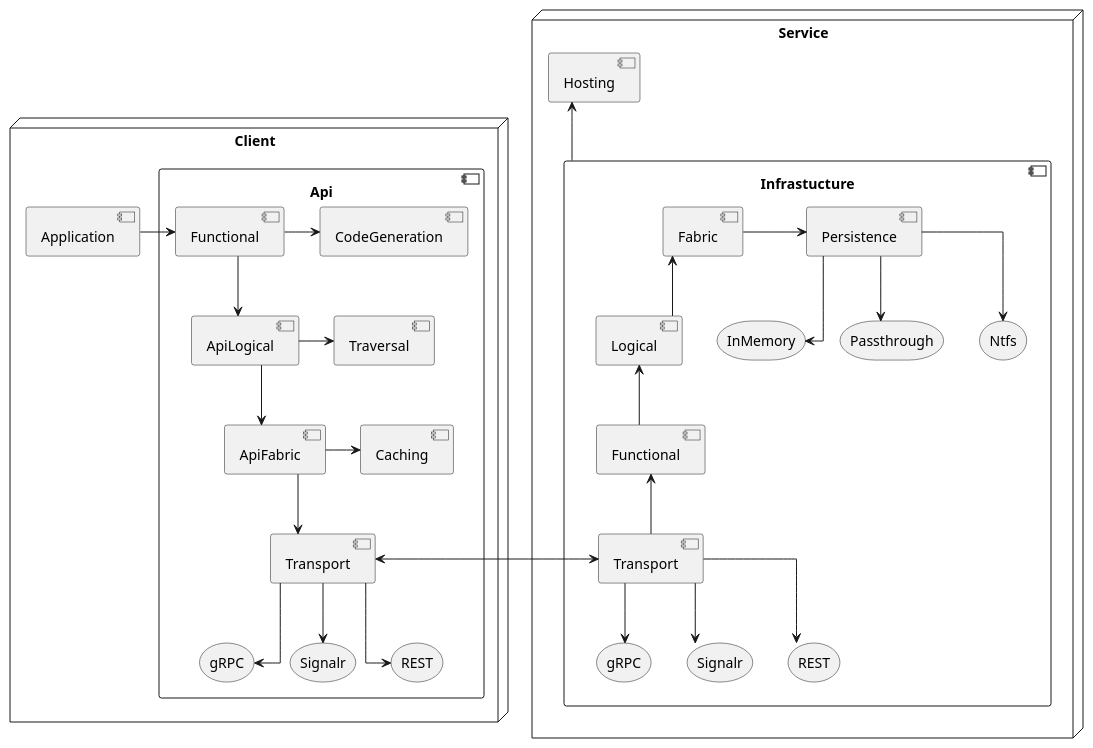
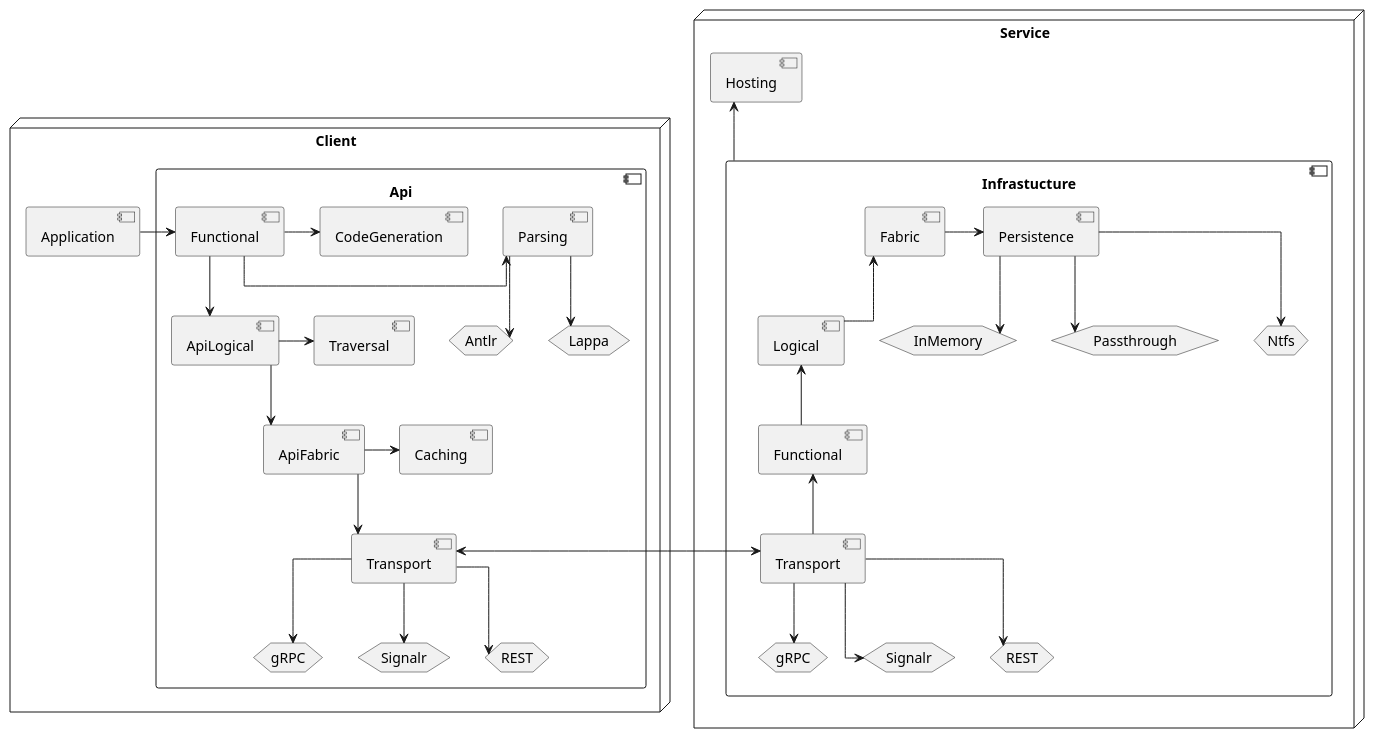
The diagram in Documentation/Architecture/System.Overview.puml (vrenken/EtAlii.Ubigia), drawn with PlantUML before and after one commit.

Commit message:
Updated System overview.

```diff
--- a/Documentation/Architecture/System.Overview.puml
+++ b/Documentation/Architecture/System.Overview.puml
@@ -1,128 +1,140 @@
 @startuml
 skinparam linetype ortho
 
 
 node Client {
     component Application {
     }
     component Api {
         component Functional as ApiFunctional {
         }
 
         component CodeGeneration {
         }
 
+        component Parsing {
+        }
+
+        hexagon Antlr {
+        }
+        hexagon Lappa {
+        }
+
+        Parsing --> Lappa
+        Parsing --> Antlr
+
+        ApiFunctional -> Parsing
         ApiFunctional -> CodeGeneration
 
         component ApiLogical {
         }
 
         component Traversal {
         }
 
         ApiLogical -> Traversal
 
         component ApiFabric {
         }
 
         ApiFabric -> Caching
 
         component Transport as ApiTransport {
         }
 
         component Caching {
         }
 
-        storage gRPC as ApiGrpc {
+        hexagon gRPC as ApiGrpc {
         }
-        storage Signalr as ApiSignalR {
+        hexagon Signalr as ApiSignalR {
         }
-        storage REST as ApiRest {
+        hexagon REST as ApiRest {
         }
 
         ApiTransport --> ApiGrpc
         ApiTransport --> ApiSignalR
         ApiTransport --> ApiRest
 
 
         ApiFunctional --> ApiLogical
         ApiLogical --> ApiFabric
         ApiFabric --> ApiTransport
     }
 
     Application -> ApiFunctional
 }
 
 node Service {
     component "Infrastucture" as Infrastructure {
 
         component Transport as InfrastructureTransport {
         }
 
-                storage gRPC as InfrastructureGrpc {
+                hexagon gRPC as InfrastructureGrpc {
                 }
-                storage Signalr as InfrastructureSignalR {
+                hexagon Signalr as InfrastructureSignalR {
                 }
-                storage REST as InfrastructureRest {
+                hexagon REST as InfrastructureRest {
                 }
 
                 InfrastructureTransport --> InfrastructureGrpc
                 InfrastructureTransport --> InfrastructureSignalR
                 InfrastructureTransport --> InfrastructureRest
 
 
         component Functional as InfrastructureFunctional {
         }
 
         InfrastructureFunctional <-- InfrastructureTransport
 
         component Logical as InfrastructureLogical {
         }
 
         InfrastructureLogical <-- InfrastructureFunctional
 
         component Fabric as InfrastructureFabric {
         }
 
         component Persistence {
         }
 
-        storage Ntfs {
+        hexagon Ntfs {
         }
-        storage InMemory {
+        hexagon InMemory {
         }
-        storage Passthrough {
+        hexagon Passthrough {
         }
         InfrastructureFabric -> Persistence
         Persistence --> Ntfs
         Persistence --> InMemory
         Persistence --> Passthrough
 
 
         InfrastructureFabric <-- InfrastructureLogical
 
     '    component Hosting {
     '    }
     '    component Storages
     '    component Spaces
     '    component Accounts
     '    component Roots
     '    component Entries
     '    component Content
     '
     '    Storages -- Spaces
     '    Spaces -- Accounts
     }
     component Hosting {
     }
 
     Hosting <-- Infrastructure
 
 }
 
 
 ApiTransport <-> InfrastructureTransport
 
 
 
 @enduml
```
